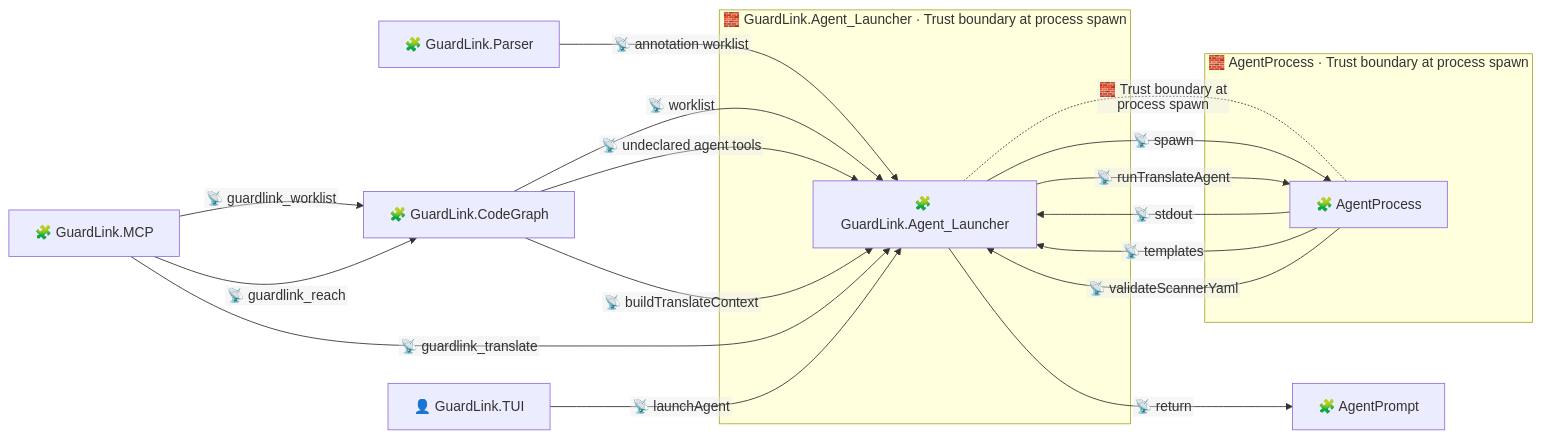
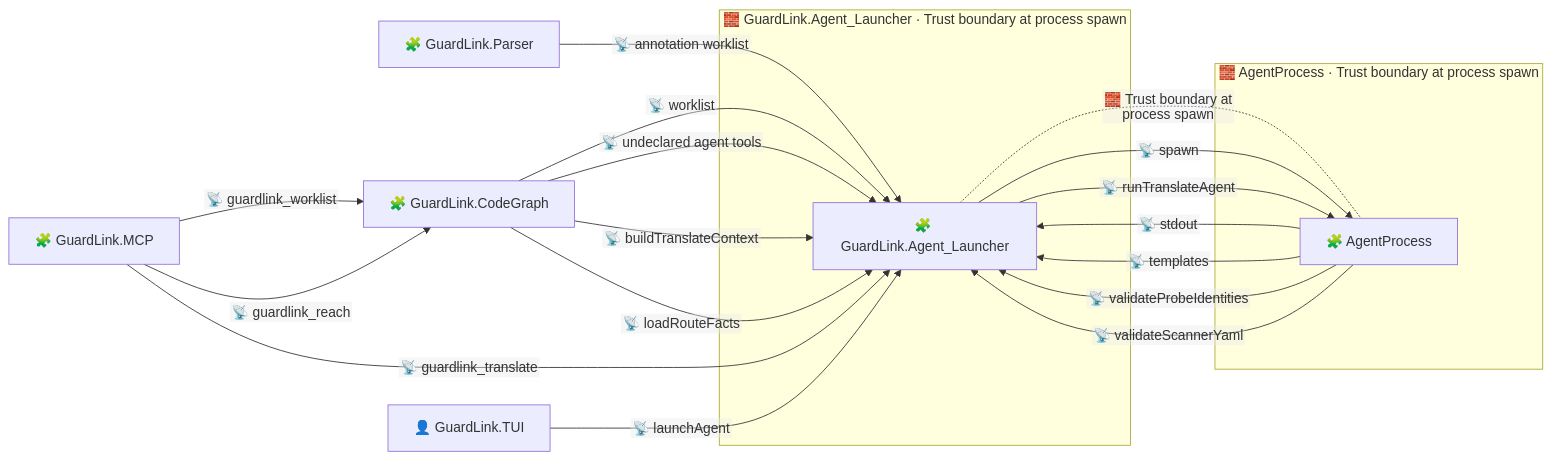
Before and after one commit to Bugb-Technologies/guardlink: the diagram in .guardlink/graph/by-asset/agent-launcher.flows.mmd, drawn with Mermaid. The commit also changed 79 other files, not shown here.

Commit message:
Preserve portable template bindings and available graph facts

```diff
--- a/.guardlink/graph/by-asset/agent-launcher.flows.mmd
+++ b/.guardlink/graph/by-asset/agent-launcher.flows.mmd
@@ -1,39 +1,39 @@
 %% GENERATED FILE — do not edit. Regenerate with: guardlink artifacts .
 %% artifact:        by-asset/agent-launcher.flows.mmd
 %% scope:           PARTIAL — #agent-launcher and its flow neighbourhood, grown until the drawing stopped fitting — 30 neighbour(s) one hop out are not shown
-%% annotation_hash: sha256-v3:a61cbeace751da849f8aa10d15555dbb437fbea33e0c0caedf419f0984fbd58f
+%% annotation_hash: sha256-v3:00592b68c0847cc94c5d417736175a6f077a97c653075a7f2ec543ec5bb5abd8
 %% generator:       guardlink@2.5.0
 %% ---
 %% This diagram is derived from the annotations in this repository. If
 %% annotation_hash above differs from what `guardlink status .` reports, the
 %% diagram is STALE — regenerate rather than trusting it.
 %% When it was generated and at which commit: ask git. Those move for reasons
 %% unrelated to the diagram, so they are reported at emission time, not stored.
 %%{init: {"flowchart": {"nodeSpacing": 44, "rankSpacing": 58, "curve": "basis", "htmlLabels": false}}}%%
 graph LR
   subgraph Z0["🧱 GuardLink.Agent_Launcher · Trust boundary at process spawn"]
     agent_launcher["🧩 GuardLink.Agent_Launcher"]
   end
   subgraph Z1["🧱 AgentProcess · Trust boundary at process spawn"]
     agentprocess["🧩 AgentProcess"]
   end
-  agentprompt["🧩 AgentPrompt"]
   parser["🧩 GuardLink.Parser"]
   codegraph["🧩 GuardLink.CodeGraph"]
   mcp["🧩 GuardLink.MCP"]
   tui["👤 GuardLink.TUI"]
   agent_launcher -.-|🧱 Trust boundary at process spawn| agentprocess
   agent_launcher -- "📡 spawn" --> agentprocess
   agentprocess -- "📡 stdout" --> agent_launcher
-  agent_launcher -- "📡 return" --> agentprompt
   parser -- "📡 annotation worklist" --> agent_launcher
   codegraph -- "📡 worklist" --> agent_launcher
   codegraph -- "📡 undeclared agent tools" --> agent_launcher
   codegraph -- "📡 buildTranslateContext" --> agent_launcher
   agent_launcher -- "📡 runTranslateAgent" --> agentprocess
   agentprocess -- "📡 templates" --> agent_launcher
+  agentprocess -- "📡 validateProbeIdentities" --> agent_launcher
   agentprocess -- "📡 validateScannerYaml" --> agent_launcher
+  codegraph -- "📡 loadRouteFacts" --> agent_launcher
   mcp -- "📡 guardlink_worklist" --> codegraph
   mcp -- "📡 guardlink_reach" --> codegraph
   mcp -- "📡 guardlink_translate" --> agent_launcher
   tui -- "📡 launchAgent" --> agent_launcher
```
